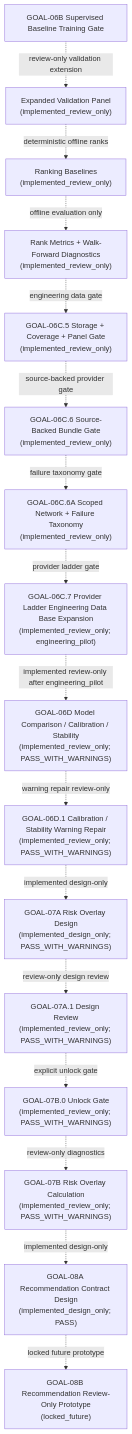
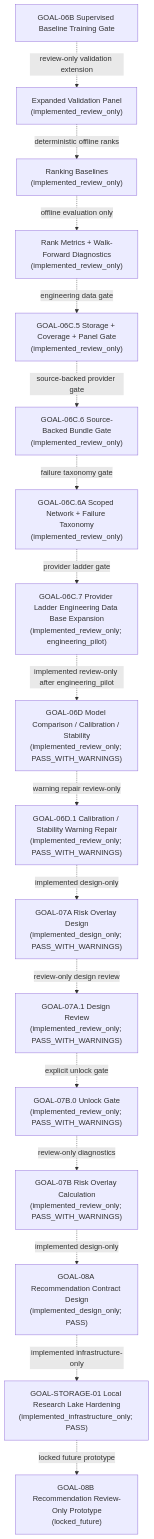
The second of 3 diagrams in docs/architecture/ACTIVE_WORKFLOW_THROUGH_GOAL06B.md (RyanLu0203/A_share_premarket_core), drawn with Mermaid before and after one commit. The commit also changed other lines of this file and 51 other files, not shown here.

Commit message:
Add storage lake hardening gate

````diff
--- a/docs/architecture/ACTIVE_WORKFLOW_THROUGH_GOAL06B.md
+++ b/docs/architecture/ACTIVE_WORKFLOW_THROUGH_GOAL06B.md
@@ -29,18 +29,19 @@
 ```mermaid
 flowchart TD
     A["GOAL-06B Supervised Baseline Training Gate"] -. "review-only validation extension" .-> B["Expanded Validation Panel<br/>(implemented_review_only)"]
     B -. "deterministic offline ranks" .-> C["Ranking Baselines<br/>(implemented_review_only)"]
     C -. "offline evaluation only" .-> D["Rank Metrics + Walk-Forward Diagnostics<br/>(implemented_review_only)"]
     D -. "engineering data gate" .-> E["GOAL-06C.5 Storage + Coverage + Panel Gate<br/>(implemented_review_only)"]
     E -. "source-backed provider gate" .-> F["GOAL-06C.6 Source-Backed Bundle Gate<br/>(implemented_review_only)"]
     F -. "failure taxonomy gate" .-> G["GOAL-06C.6A Scoped Network + Failure Taxonomy<br/>(implemented_review_only)"]
     G -. "provider ladder gate" .-> H["GOAL-06C.7 Provider Ladder Engineering Data Base Expansion<br/>(implemented_review_only; engineering_pilot)"]
     H -. "implemented review-only after engineering_pilot" .-> I["GOAL-06D Model Comparison / Calibration / Stability<br/>(implemented_review_only; PASS_WITH_WARNINGS)"]
     I -. "warning repair review-only" .-> I2["GOAL-06D.1 Calibration / Stability Warning Repair<br/>(implemented_review_only; PASS_WITH_WARNINGS)"]
     I2 -. "implemented design-only" .-> J["GOAL-07A Risk Overlay Design<br/>(implemented_design_only; PASS_WITH_WARNINGS)"]
     J -. "review-only design review" .-> J2["GOAL-07A.1 Design Review<br/>(implemented_review_only; PASS_WITH_WARNINGS)"]
     J2 -. "explicit unlock gate" .-> J3["GOAL-07B.0 Unlock Gate<br/>(implemented_review_only; PASS_WITH_WARNINGS)"]
     J3 -. "review-only diagnostics" .-> K["GOAL-07B Risk Overlay Calculation<br/>(implemented_review_only; PASS_WITH_WARNINGS)"]
     K -. "implemented design-only" .-> L["GOAL-08A Recommendation Contract Design<br/>(implemented_design_only; PASS)"]
-    L -. "locked future prototype" .-> M["GOAL-08B Recommendation Review-Only Prototype<br/>(locked_future)"]
+    L -. "implemented infrastructure-only" .-> S01["GOAL-STORAGE-01 Local Research Lake Hardening<br/>(implemented_infrastructure_only; PASS)"]
+    S01 -. "locked future prototype" .-> M["GOAL-08B Recommendation Review-Only Prototype<br/>(locked_future)"]
 ```
````
